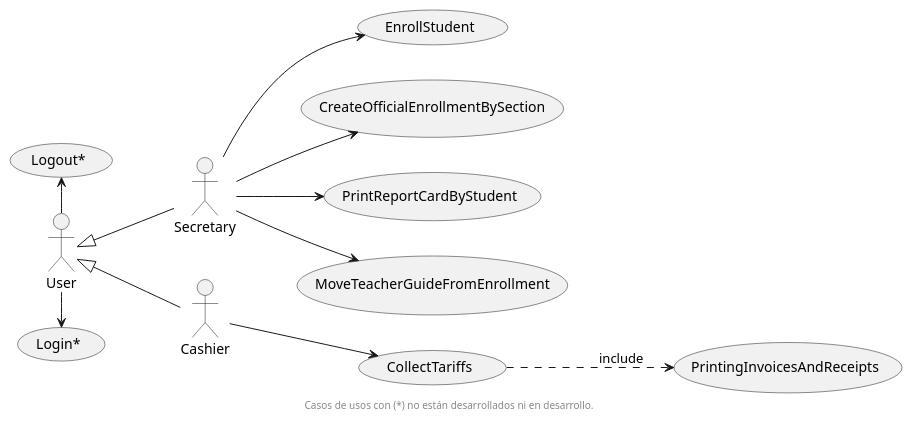
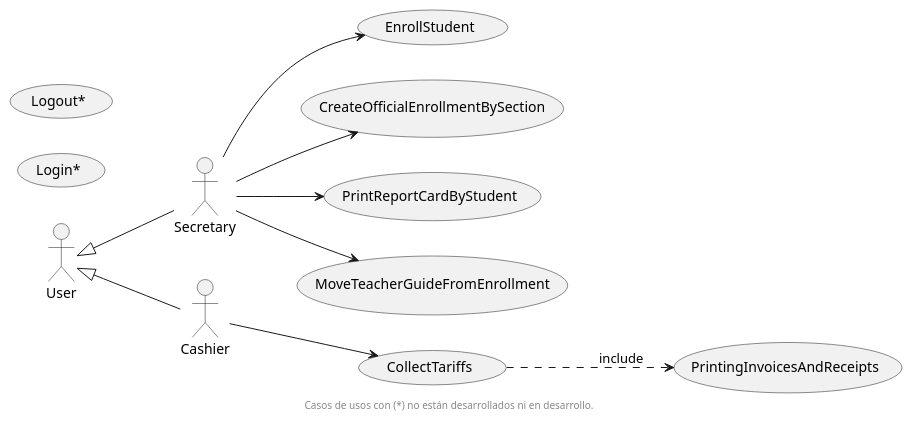
Before and after one commit to wsmcbl/wsmcbl.doc: the diagram in UseCaseView/UseCases.puml, drawn with PlantUML. The commit also changed 5 other files, not shown here.

Commit message:
Update Diagram UseCase Analysis

```diff
--- a/UseCaseView/UseCases.puml
+++ b/UseCaseView/UseCases.puml
@@ -1,37 +1,36 @@
 @startuml
 'skinparam BackgroundColor transparent
 left to right direction
 
 actor User
 actor Secretary
 actor Cashier
 
 User <|-- Secretary
 User <|-- Cashier
 
 usecase "Login*"
 usecase "Logout*"
 
 usecase EnrollStudent
 usecase CreateOfficialEnrollmentBySection
 usecase PrintingInvoicesAndReceipts
 usecase PrintReportCardByStudent
 usecase MoveTeacherGuideFromEnrollment
 usecase CollectTariffs
 
-User -> "Login*"
-User -left-> "Logout*"
+
 
 
 Secretary --> EnrollStudent
 Secretary --> CreateOfficialEnrollmentBySection
 Secretary --> PrintReportCardByStudent
 Secretary --> MoveTeacherGuideFromEnrollment
 
 Cashier --> CollectTariffs
 
 CollectTariffs ..> PrintingInvoicesAndReceipts: include
 
 footer Casos de usos con (*) no están desarrollados ni en desarrollo.
 
 @enduml
```
